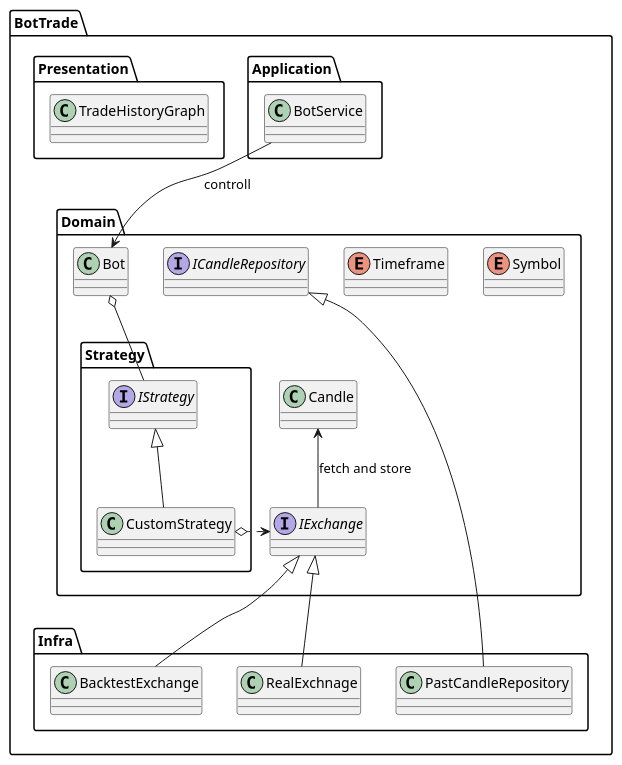
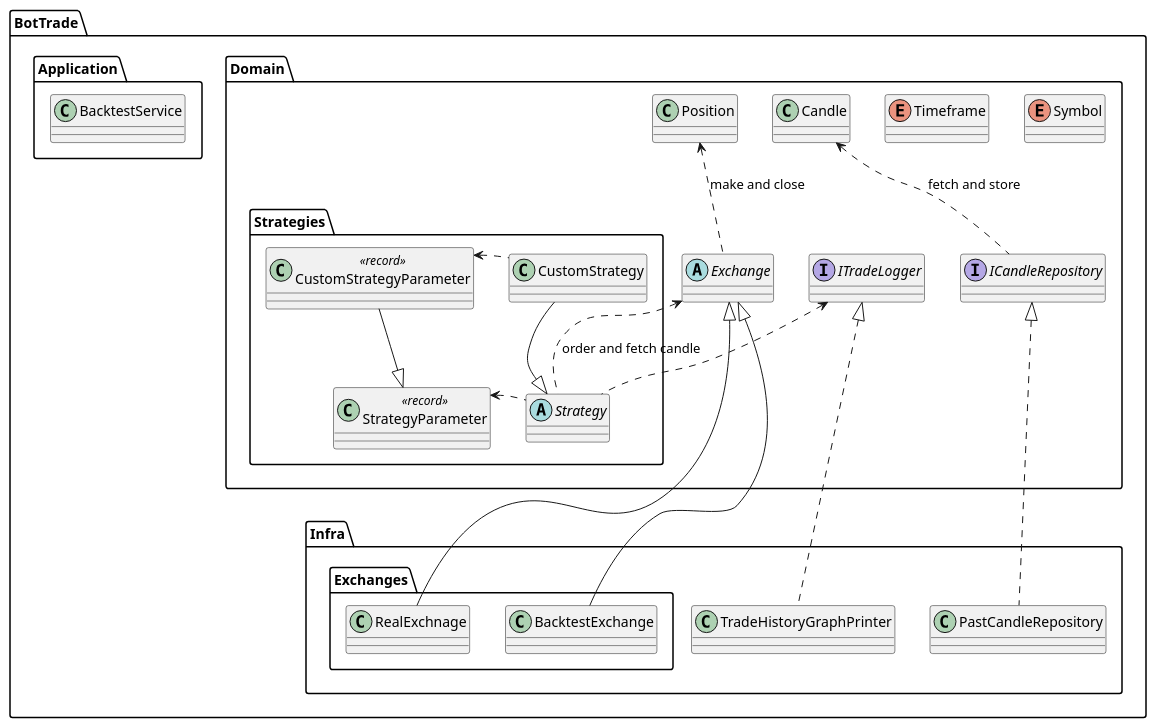
One commit to nmskm240/BotTradeFramework changed the diagram in doc/uml/classes.pu. Above: the diagram before and after it, drawn with PlantUML.

Commit message:
クラス図更新

```diff
--- a/doc/uml/classes.pu
+++ b/doc/uml/classes.pu
@@ -1,47 +1,60 @@
 @startuml
 
 package BotTrade
 {
     package Domain
     {
+        package Strategies
+        {
+            abstract Strategy
+            class StrategyParameter <<record>>
+            class CustomStrategy
+            class CustomStrategyParameter <<record>>
+        }
         enum Symbol
         enum Timeframe
         class Candle
-        class Bot
+        class Position
+        abstract Exchange
         interface ICandleRepository
-        interface IExchange
+        interface ITradeLogger
 
-        package Strategy
-        {
-            class CustomStrategy
-            interface IStrategy
-        }
+        CustomStrategy -[hidden]left- CustomStrategyParameter 
+        Strategy -[hidden]left- StrategyParameter 
+        Strategy -[hidden]- Exchange
+        Exchange -[hidden] ICandleRepository
+        Exchange -[hidden] ITradeLogger
     }
     package Application
     {
-        class BotService
-    }
-    package Presentation
-    {
-        class TradeHistoryGraph
+        class BacktestService
     }
     package Infra
     {
         class PastCandleRepository
-        class BacktestExchange
-        class RealExchnage
+        class TradeHistoryGraphPrinter
+
+        package Exchanges
+        {
+            class BacktestExchange
+            class RealExchnage
+        }
     }
 }
 
-IExchange <|-- BacktestExchange
-IExchange <|-- RealExchnage
-IStrategy <|-- CustomStrategy
-ICandleRepository <|-- PastCandleRepository
+Strategy <|-up- CustomStrategy
+StrategyParameter <|-up- CustomStrategyParameter
+Exchange <|-down- BacktestExchange
+Exchange <|-down- RealExchnage
 
-CustomStrategy o.left.> IExchange
-Bot o-- IStrategy
+ITradeLogger <|... TradeHistoryGraphPrinter
+ICandleRepository <|... PastCandleRepository
 
-Bot <-up- BotService: controll
-Candle <-down- IExchange: fetch and store
+StrategyParameter <.. Strategy
+CustomStrategyParameter <.. CustomStrategy
+ITradeLogger <.. Strategy 
+Exchange <.. Strategy : order and fetch candle
+Candle <.. ICandleRepository : fetch and store
+Position <.. Exchange : make and close
 
 @enduml
```
